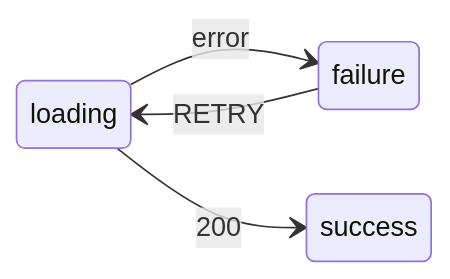
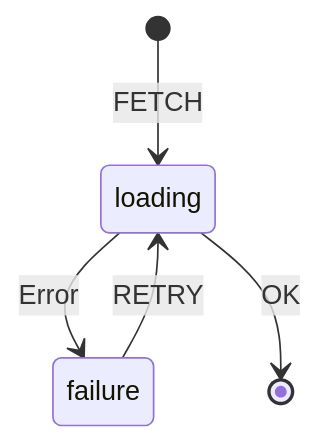
Before and after one commit to drivly/state.do: the diagram in README.md, drawn with Mermaid. The commit also changed other lines of this file and 1 other file, not shown here.

````diff
--- a/README.md
+++ b/README.md
@@ -13,7 +16,7 @@
 ```mermaid
 stateDiagram-v2
-direction LR
-loading-->failure: error
+[*]-->loading: FETCH
+loading-->failure: Error
 failure-->loading: RETRY
-loading-->success: 200
+loading-->[*]: OK
 ```
````
